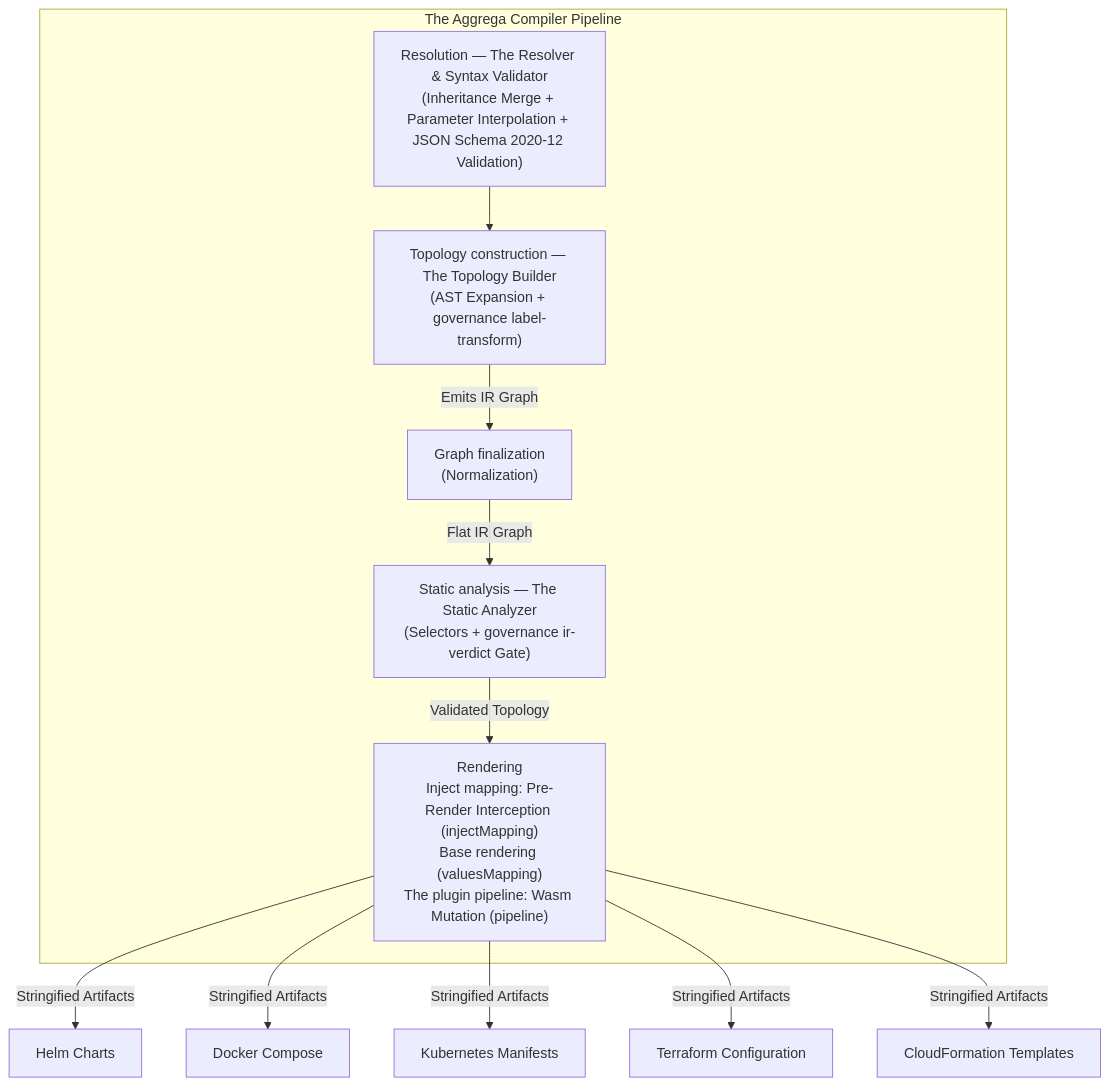
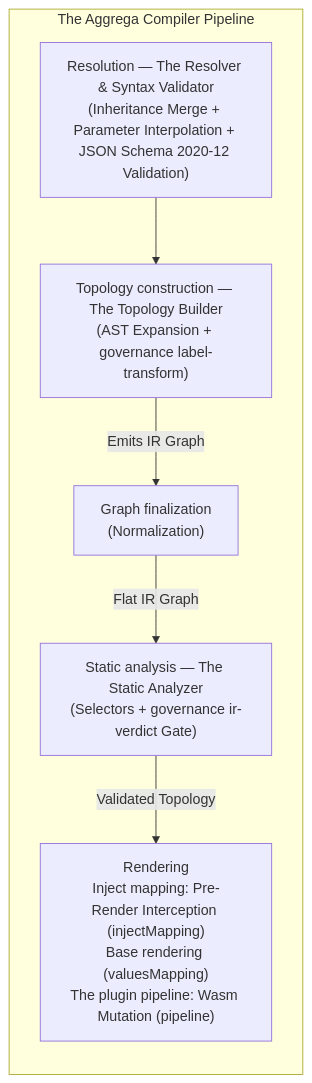
One commit to aggrega-ai/aggrega-docs changed the first of 2 diagrams in architecture/10-compilation-pipeline.md. Above: the diagram before and after it, drawn with Mermaid. The commit also changed 1 other file, not shown here.

Commit message:
docs: split the entity taxonomy and compilation pipeline diagrams into smaller diagrams that stay legible at the page width

````diff
--- a/architecture/10-compilation-pipeline.md
+++ b/architecture/10-compilation-pipeline.md
@@ -56,18 +56,13 @@
 ```mermaid
 graph TD
     subgraph CLI_Orchestrator ["The Aggrega Compiler Pipeline"]
+        direction TB
         A["Resolution — The Resolver & Syntax Validator<br/>(Inheritance Merge + Parameter Interpolation + JSON Schema 2020-12 Validation)"] --> B["Topology construction — The Topology Builder<br/>(AST Expansion + governance label-transform)"]
         
         B -->|"Emits IR Graph"| C["Graph finalization<br/>(Normalization)"]
         
         C -->|"Flat IR Graph"| D["Static analysis — The Static Analyzer<br/>(Selectors + governance ir-verdict Gate)"]
         
         D -->|"Validated Topology"| E["Rendering<br/>Inject mapping: Pre-Render Interception (injectMapping)<br/>Base rendering (valuesMapping)<br/>The plugin pipeline: Wasm Mutation (pipeline)"]
     end
-    
-    E -->|"Stringified Artifacts"| F["Helm Charts"]
-    E -->|"Stringified Artifacts"| G["Docker Compose"]
-    E -->|"Stringified Artifacts"| H["Kubernetes Manifests"]
-    E -->|"Stringified Artifacts"| I["Terraform Configuration"]
-    E -->|"Stringified Artifacts"| J["CloudFormation Templates"]
 ```
````
